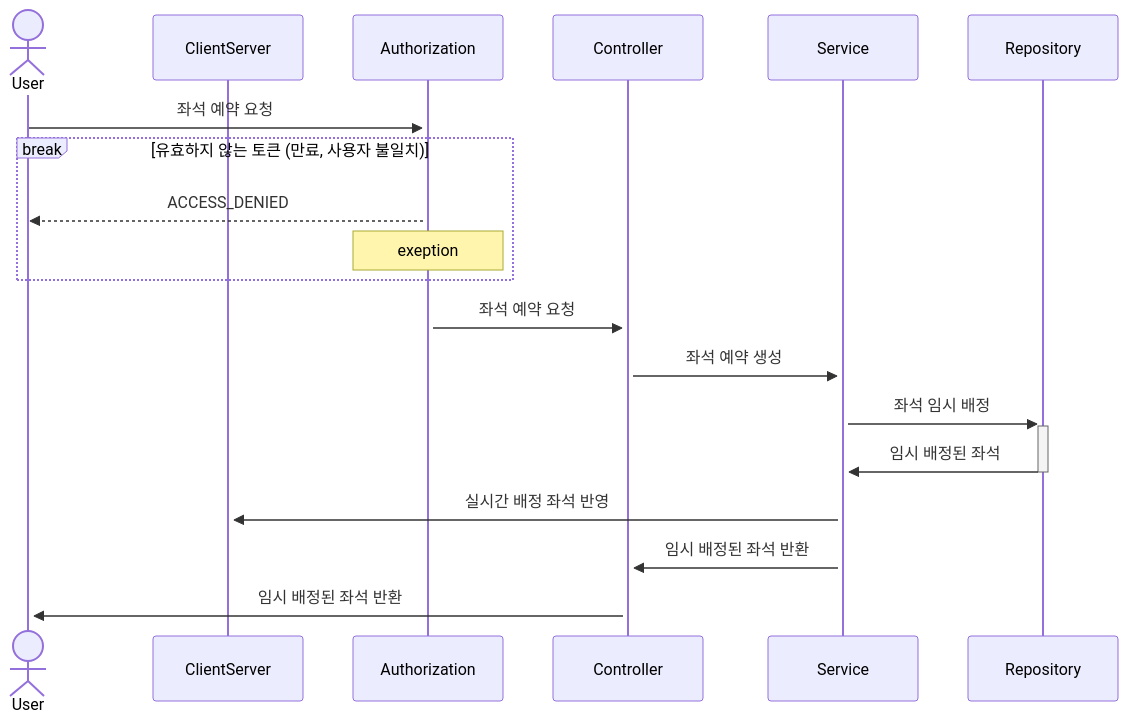
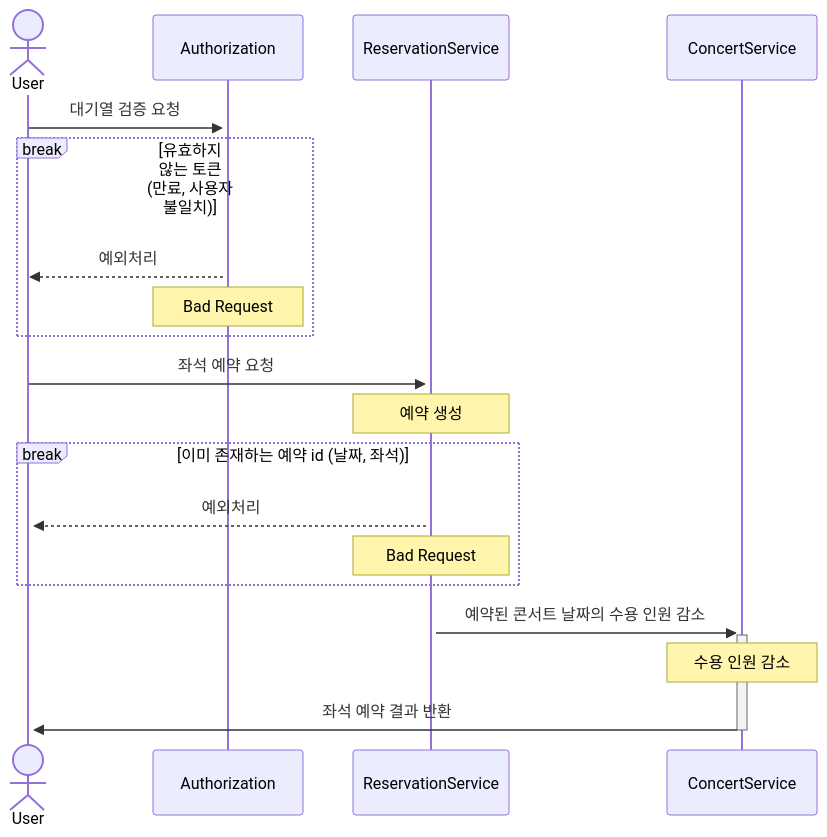
The fifth of 10 diagrams in README.md (adiospain/hhplus-concert-reservation-service-java), drawn with Mermaid before and after one commit. The commit also changed other lines of this file and 1 other file, not shown here.

Commit message:
DOCS : README.md 파일 시퀀스다이어그램 수정

````diff
--- a/README.md
+++ b/README.md
@@ -154,22 +122,21 @@
 ```mermaid
 sequenceDiagram
     actor User
-    participant ClientServer
     participant Authorization
-    participant Controller
-    participant Service
-    participant Repository
-    User ->>+ Authorization: 좌석 예약 요청
+    participant ReservationService
+    participant ConcertService
+    User ->>+ Authorization: 대기열 검증 요청
     break 유효하지 않는 토큰 (만료, 사용자 불일치)
-        Authorization -->> User: ACCESS_DENIED
-        note over Authorization: exeption
+      Authorization -->> User: 예외처리
+      note over Authorization: Bad Request
     end
-    Authorization ->>+ Controller: 좌석 예약 요청
-    
-    Controller ->>+ Service: 좌석 예약 생성
-    Service ->>+ Repository: 좌석 임시 배정
-    Repository ->>- Service: 임시 배정된 좌석
-    Service ->>+ ClientServer: 실시간 배정 좌석 반영
-    Service ->>+ Controller: 임시 배정된 좌석 반환
-	Controller ->>+ User: 임시 배정된 좌석 반환
+    User ->>+ ReservationService: 좌석 예약 요청
+    note over ReservationService: 예약 생성
+  break 이미 존재하는 예약 id (날짜, 좌석)
+    ReservationService -->>+ User: 예외처리
+    note over ReservationService: Bad Request
+  end
+    ReservationService ->>+ ConcertService: 예약된 콘서트 날짜의 수용 인원 감소
+    note over ConcertService: 수용 인원 감소 
+    ConcertService ->>- User: 좌석 예약 결과 반환
 ```
````
